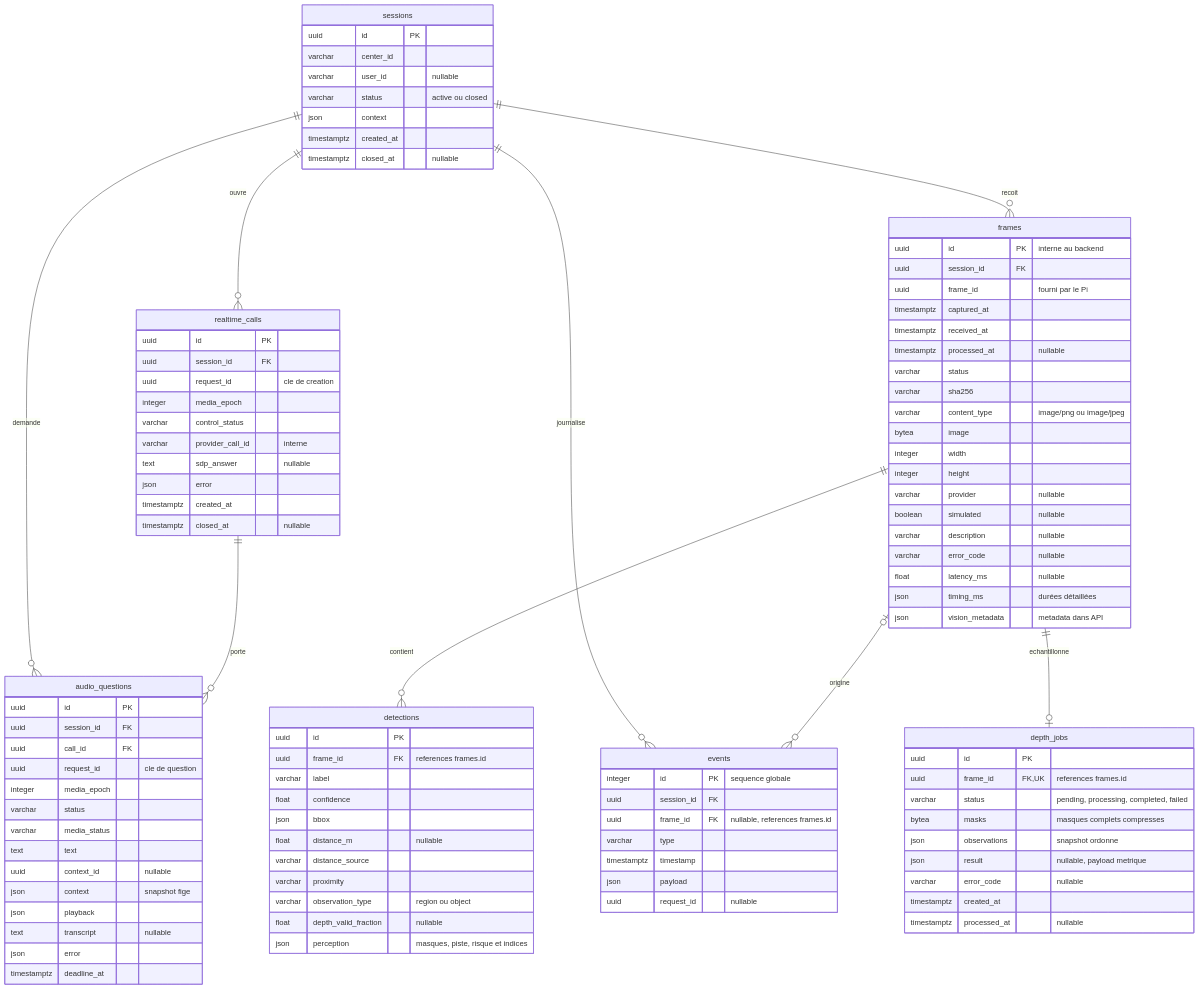
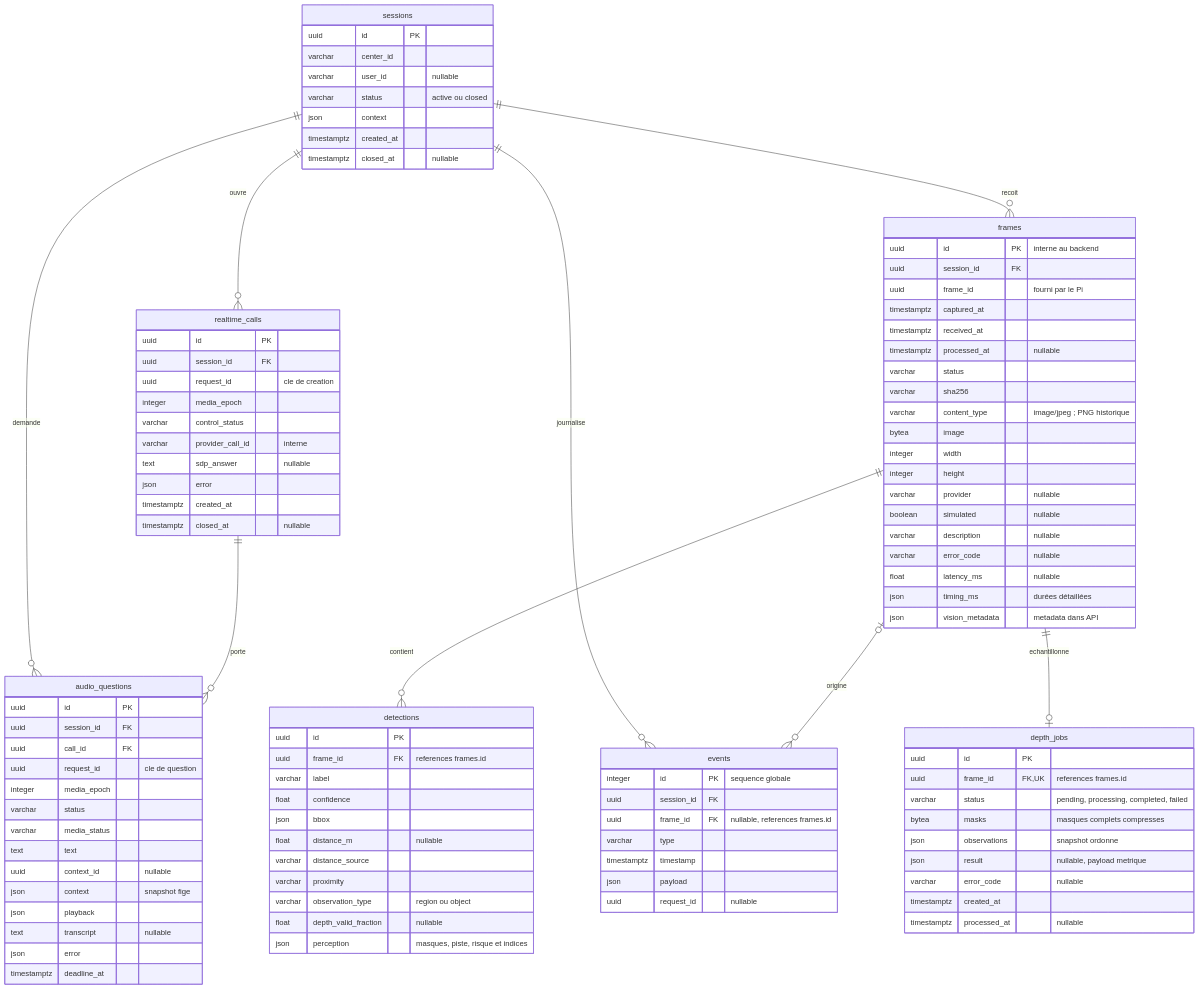
One commit to Mindsept/Looki--Vision changed the first of 6 diagrams in docs/02-base-de-donnees.md. Above: the diagram before and after it, drawn with Mermaid. The commit also changed other lines of this file and 26 other files, not shown here.

```diff
--- a/docs/02-base-de-donnees.md
+++ b/docs/02-base-de-donnees.md
@@ -32,7 +32,7 @@
         timestamptz processed_at "nullable"
         varchar status
         varchar sha256
-        varchar content_type "image/png ou image/jpeg"
+        varchar content_type "image/jpeg ; PNG historique"
         bytea image
         integer width
         integer height
```
